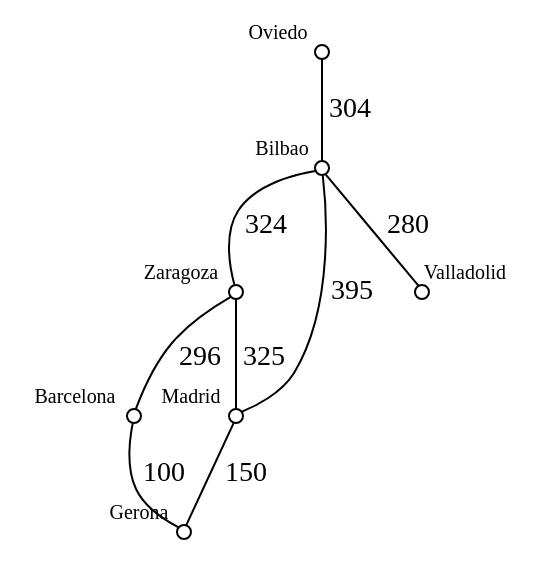
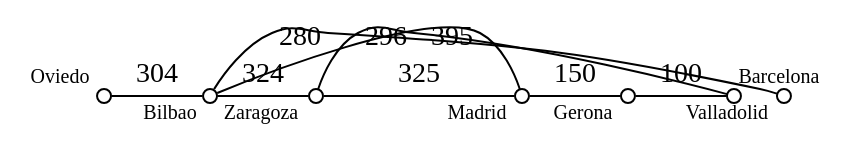
The diagram in rutas.dot (melgxrga/EDD_Proyecto2_202302549), drawn with Graphviz before and after one commit. The commit also changed 34 other files, not shown here.

```diff
--- a/rutas.dot
+++ b/rutas.dot
@@ -1,26 +1,34 @@
 graph G {
     node [shape=circle, width=0.1, height=0.1, fontsize=10, label=""];
     "Oviedo" [xlabel="Oviedo", labelloc="t"];
     "Bilbao" [xlabel="Bilbao", labelloc="t"];
-    "Oviedo" -- "Bilbao" [label="304"];
+    "Oviedo" -- "Bilbao" [label="304", constraint=false];
+    "Bilbao" [xlabel="Bilbao", labelloc="t"];
+    "Oviedo" [xlabel="Oviedo", labelloc="t"];
+    "Zaragoza" [xlabel="Zaragoza", labelloc="t"];
+    "Bilbao" -- "Zaragoza" [label="324", constraint=false];
+    "Madrid" [xlabel="Madrid", labelloc="t"];
+    "Bilbao" -- "Madrid" [label="395", constraint=false];
+    "Valladolid" [xlabel="Valladolid", labelloc="t"];
+    "Bilbao" -- "Valladolid" [label="280", constraint=false];
+    "Zaragoza" [xlabel="Zaragoza", labelloc="t"];
+    "Bilbao" [xlabel="Bilbao", labelloc="t"];
+    "Barcelona" [xlabel="Barcelona", labelloc="t"];
+    "Zaragoza" -- "Barcelona" [label="296", constraint=false];
+    "Madrid" [xlabel="Madrid", labelloc="t"];
+    "Zaragoza" -- "Madrid" [label="325", constraint=false];
+    "Madrid" [xlabel="Madrid", labelloc="t"];
     "Bilbao" [xlabel="Bilbao", labelloc="t"];
     "Zaragoza" [xlabel="Zaragoza", labelloc="t"];
-    "Bilbao" -- "Zaragoza" [label="324"];
+    "Gerona" [xlabel="Gerona", labelloc="t"];
+    "Madrid" -- "Gerona" [label="150", constraint=false];
+    "Valladolid" [xlabel="Valladolid", labelloc="t"];
+    "Bilbao" [xlabel="Bilbao", labelloc="t"];
+    "Barcelona" [xlabel="Barcelona", labelloc="t"];
+    "Zaragoza" [xlabel="Zaragoza", labelloc="t"];
+    "Gerona" [xlabel="Gerona", labelloc="t"];
+    "Barcelona" -- "Gerona" [label="100", constraint=false];
+    "Gerona" [xlabel="Gerona", labelloc="t"];
+    "Barcelona" [xlabel="Barcelona", labelloc="t"];
     "Madrid" [xlabel="Madrid", labelloc="t"];
-    "Bilbao" -- "Madrid" [label="395"];
-    "Valladolid" [xlabel="Valladolid", labelloc="t"];
-    "Bilbao" -- "Valladolid" [label="280"];
-    "Zaragoza" [xlabel="Zaragoza", labelloc="t"];
-    "Barcelona" [xlabel="Barcelona", labelloc="t"];
-    "Zaragoza" -- "Barcelona" [label="296"];
-    "Madrid" [xlabel="Madrid", labelloc="t"];
-    "Zaragoza" -- "Madrid" [label="325"];
-    "Madrid" [xlabel="Madrid", labelloc="t"];
-    "Gerona" [xlabel="Gerona", labelloc="t"];
-    "Madrid" -- "Gerona" [label="150"];
-    "Valladolid" [xlabel="Valladolid", labelloc="t"];
-    "Barcelona" [xlabel="Barcelona", labelloc="t"];
-    "Gerona" [xlabel="Gerona", labelloc="t"];
-    "Barcelona" -- "Gerona" [label="100"];
-    "Gerona" [xlabel="Gerona", labelloc="t"];
 }
```
